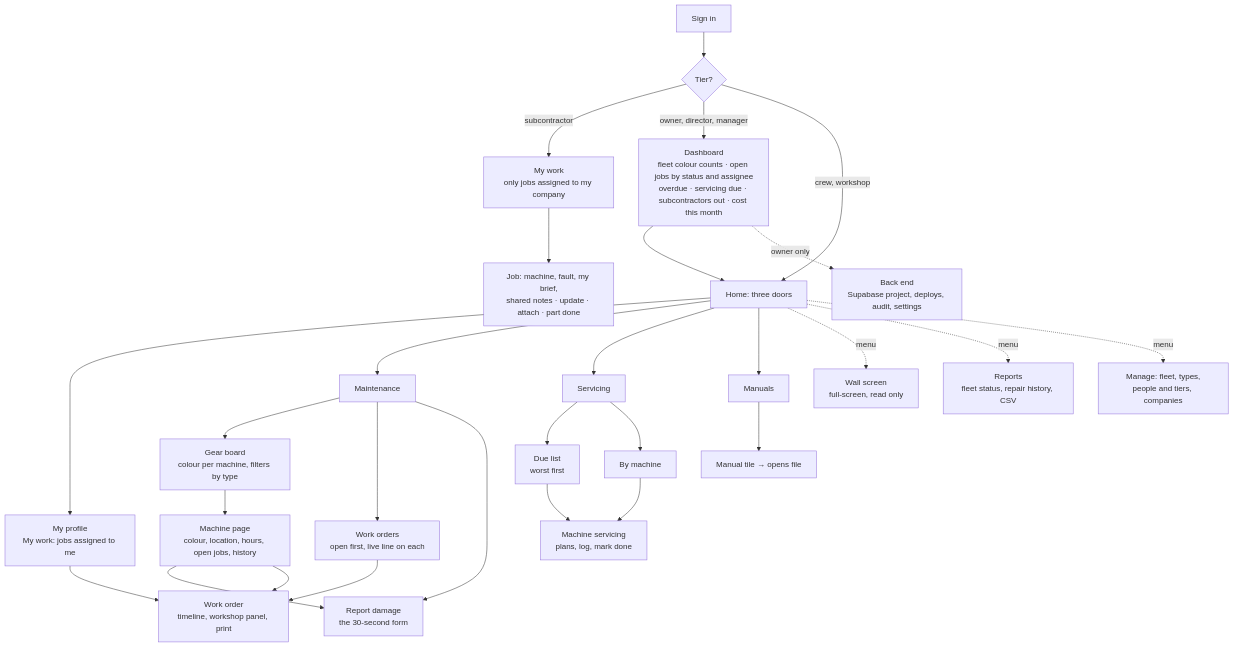
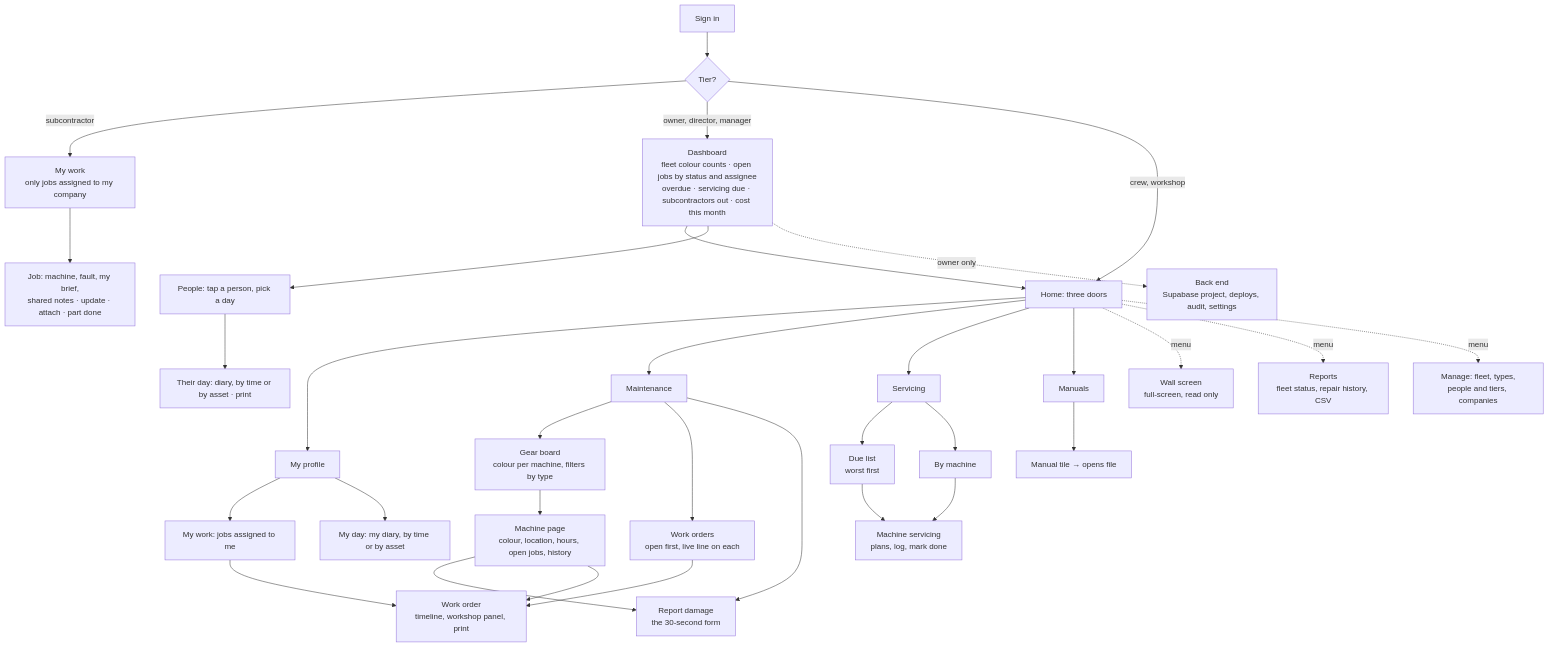
One commit to shyamal22/rck-workshop changed diagram 12 of 12 in workshop-v2/docs/01-flow-and-architecture.md. Above: the diagram before and after it, drawn with Mermaid. The commit also changed other lines of this file, not shown here.

First line of the commit message:
Workshop v2: what a job must contain, and a diary per person

````diff
--- a/workshop-v2/docs/01-flow-and-architecture.md
+++ b/workshop-v2/docs/01-flow-and-architecture.md
@@ -538,30 +676,34 @@
 ```mermaid
 flowchart TD
   signin[Sign in] --> tier{Tier?}
   tier -- subcontractor --> mywork_x["My work<br/>only jobs assigned to my company"]
   mywork_x --> wo_x["Job: machine, fault, my brief,<br/>shared notes · update · attach · part done"]
   tier -- owner, director, manager --> dash["Dashboard<br/>fleet colour counts · open jobs by status and assignee<br/>overdue · servicing due · subcontractors out · cost this month"]
   dash --> home
   tier -- crew, workshop --> home[Home: three doors]
-  home --> me["My profile<br/>My work: jobs assigned to me"]
-  me --> wo
+  home --> me["My profile"]
+  me --> mywork["My work: jobs assigned to me"]
+  me --> myday["My day: my diary, by time or by asset"]
+  mywork --> wo
   home --> maint[Maintenance]
   home --> svc[Servicing]
   home --> man[Manuals]
   maint --> board[Gear board<br/>colour per machine, filters by type]
   maint --> orders[Work orders<br/>open first, live line on each]
   maint --> report[Report damage<br/>the 30-second form]
   board --> asset[Machine page<br/>colour, location, hours, open jobs, history]
   orders --> wo[Work order<br/>timeline, workshop panel, print]
   asset --> report
   asset --> wo
   svc --> due[Due list<br/>worst first]
   svc --> fleet[By machine]
   fleet --> svcasset[Machine servicing<br/>plans, log, mark done]
   due --> svcasset
   man --> manual[Manual tile → opens file]
   home -. menu .-> screen[Wall screen<br/>full-screen, read only]
   home -. menu .-> reports[Reports<br/>fleet status, repair history, CSV]
   home -. menu .-> admin[Manage: fleet, types,<br/>people and tiers, companies]
+  dash --> people["People: tap a person, pick a day"]
+  people --> theirday["Their day: diary, by time or by asset · print"]
   dash -. owner only .-> backend["Back end<br/>Supabase project, deploys, audit, settings"]
 ```
````
